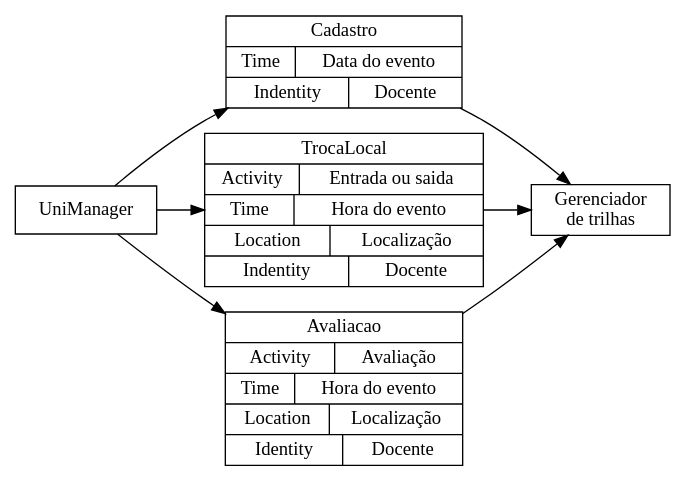
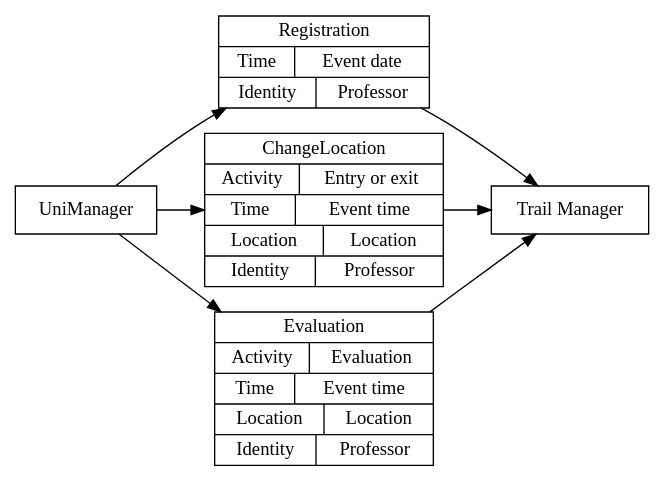
The diagram in academia/eprofile/graficos/ont_docente.dot (andrenho/andrenho), drawn with Graphviz before and after one commit. The commit also changed 24 other files, not shown here.

```diff
--- a/academia/eprofile/graficos/ont_docente.dot
+++ b/academia/eprofile/graficos/ont_docente.dot
@@ -1,14 +1,14 @@
 digraph G {
 
   rankdir = LR;
 	node [shape=record];
   UniManager;
-  trail [label="Gerenciador\nde trilhas"];
-  cadastro [label="Cadastro|{Time|Data do evento}|{Indentity|Docente}"];
-  trocalocal [label="TrocaLocal|{Activity|Entrada ou saida}|{Time|Hora do evento}|{Location|Localização}|{Indentity|Docente}"];
-  avaliacao [label="Avaliacao|{Activity|Avaliação}|{Time|Hora do evento}|{Location|Localização}|{Identity|Docente}"];
+  trail [label="Trail Manager"];
+  cadastro [label="Registration|{Time|Event date}|{Identity|Professor}"];
+  trocalocal [label="ChangeLocation|{Activity|Entry or exit}|{Time|Event time}|{Location|Location}|{Identity|Professor}"];
+  avaliacao [label="Evaluation|{Activity|Evaluation}|{Time|Event time}|{Location|Location}|{Identity|Professor}"];
 
   UniManager -> trocalocal -> trail;
   UniManager -> cadastro -> trail;
   UniManager -> avaliacao -> trail;
 }
```
